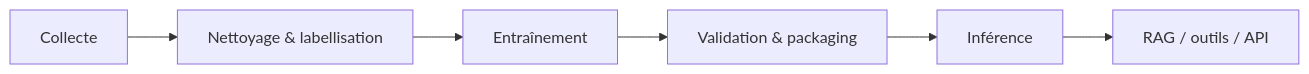
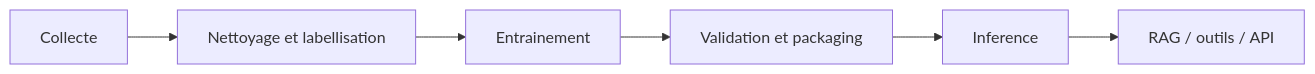
The first of 2 diagrams in _posts/2026-06-27-stride-ai-security.md (anjwalid/BLog-writeup-), drawn with Mermaid before and after one commit.

Commit message:
fix(post): fix mermaid LR diagram - remove & and accented chars in labels
& is an HTML special char that breaks mermaid parsing inside [] labels.
Replaced & with et, removed accents from unquoted labels, added quotes.

````diff
--- a/_posts/2026-06-27-stride-ai-security.md
+++ b/_posts/2026-06-27-stride-ai-security.md
@@ -44,8 +44,8 @@
 ```mermaid
 flowchart LR
-    A[Collecte] --> B[Nettoyage & labellisation]
-    B --> C[Entraînement]
-    C --> D[Validation & packaging]
-    D --> E[Inférence]
-    E --> F[RAG / outils / API]
+    A["Collecte"] --> B["Nettoyage et labellisation"]
+    B --> C["Entrainement"]
+    C --> D["Validation et packaging"]
+    D --> E["Inference"]
+    E --> F["RAG / outils / API"]
 ```
````
